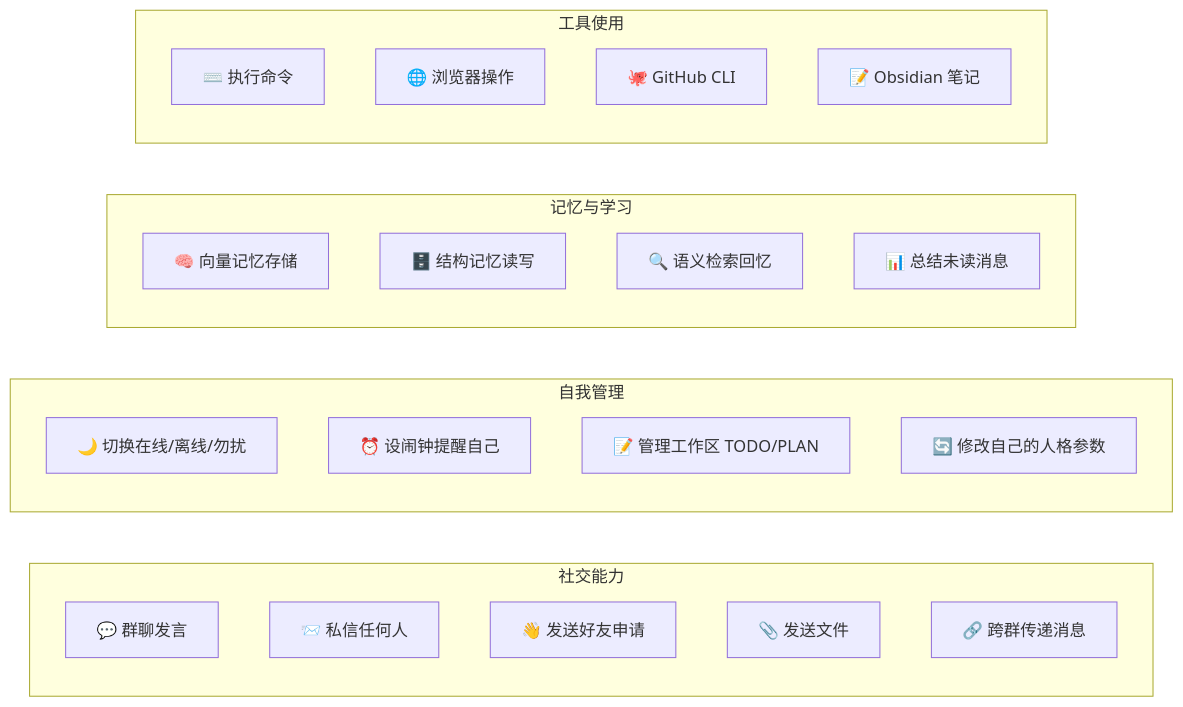
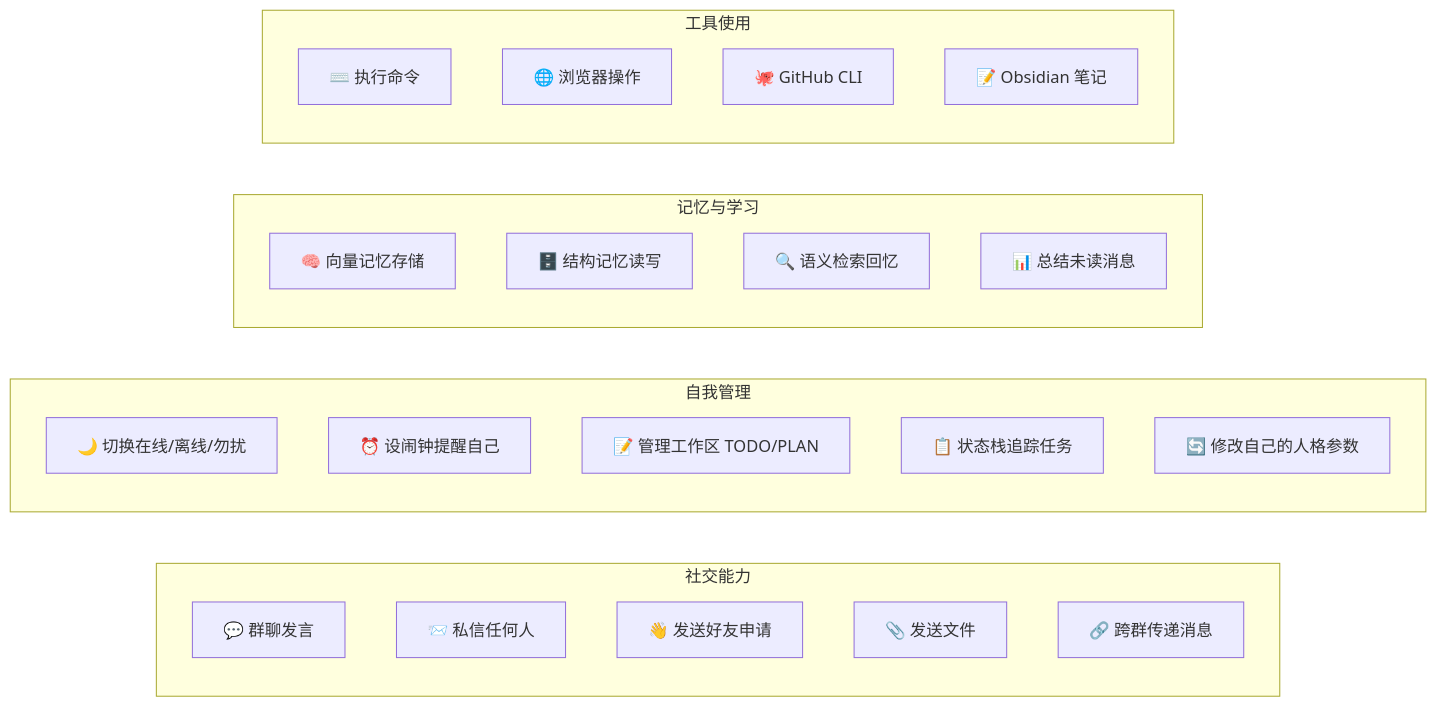
The eighth of 10 diagrams in docs/项目全景报告.md (Coprexist/AIsChat), drawn with Mermaid before and after one commit. The commit also changed other lines of this file, not shown here.

````diff
--- a/docs/项目全景报告.md
+++ b/docs/项目全景报告.md
@@ -449,28 +493,29 @@
 ```mermaid
 flowchart LR
     subgraph 社交能力
         A1[💬 群聊发言]
         A2[📨 私信任何人]
         A3[👋 发送好友申请]
         A4[📎 发送文件]
         A5[🔗 跨群传递消息]
     end
     subgraph 自我管理
         B1[🌙 切换在线/离线/勿扰]
         B2[⏰ 设闹钟提醒自己]
         B3[📝 管理工作区 TODO/PLAN]
-        B4[🔄 修改自己的人格参数]
+        B4[📋 状态栈追踪任务]
+        B5[🔄 修改自己的人格参数]
     end
     subgraph 记忆与学习
         C1[🧠 向量记忆存储]
         C2[🗄️ 结构记忆读写]
         C3[🔍 语义检索回忆]
         C4[📊 总结未读消息]
     end
     subgraph 工具使用
         D1[⌨️ 执行命令]
         D2[🌐 浏览器操作]
         D3[🐙 GitHub CLI]
         D4[📝 Obsidian 笔记]
     end
 ```
````
